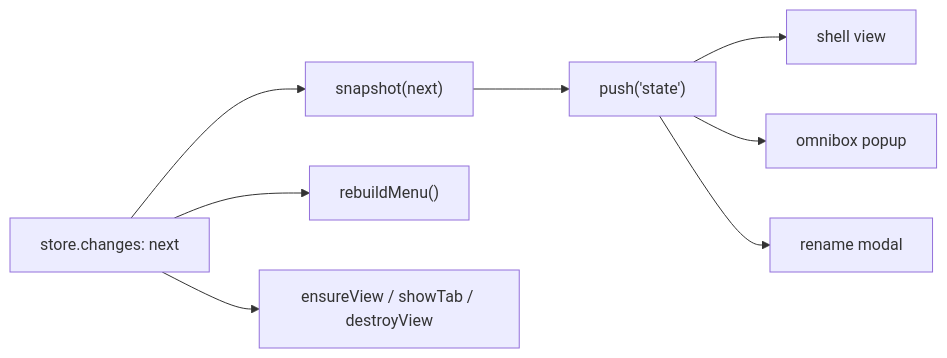
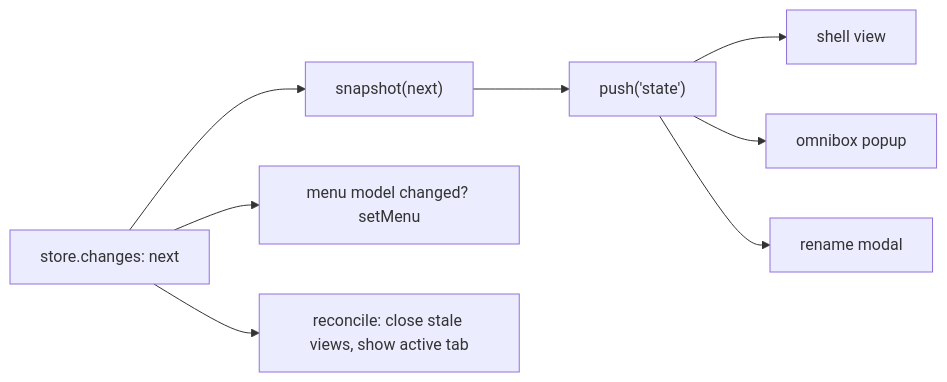
The third of 3 diagrams in docs/architecture/02-ipc.md (rom100main/arbor), drawn with Mermaid before and after one commit. The commit also changed other lines of this file and 3 other files, not shown here.

Commit message:
docs(architecture): extension handling use effect, simplify windows handling

````diff
--- a/docs/architecture/02-ipc.md
+++ b/docs/architecture/02-ipc.md
@@ -76,10 +77,10 @@
 ```mermaid
 flowchart LR
     Commit["store.changes: next"] --> Snap["snapshot(next)"]
     Snap --> Push["push('state')"]
     Push --> W1["shell view"]
     Push --> W2["omnibox popup"]
     Push --> W3["rename modal"]
-    Commit --> Menu["rebuildMenu()"]
-    Commit --> Views["ensureView / showTab / destroyView"]
+    Commit --> Menu["menu model changed? setMenu"]
+    Commit --> Views["reconcile: close stale views, show active tab"]
 ```
````
